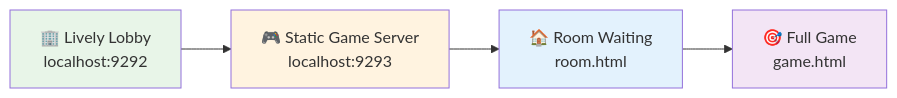
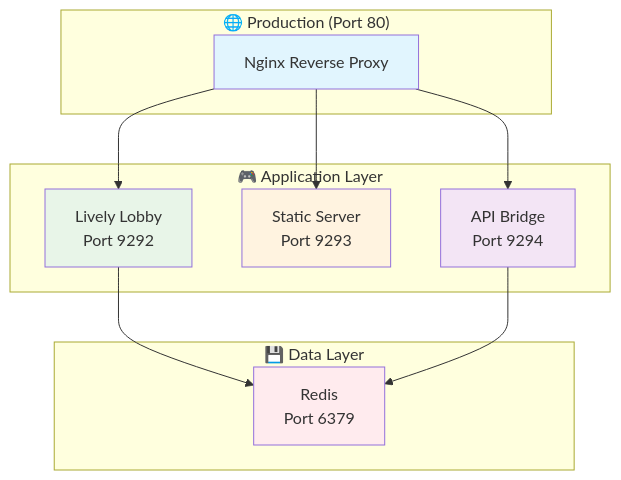
Before and after one commit to socketry/lively: the diagram in examples/cs2d/CLAUDE.md, drawn with Mermaid. The commit also changed other lines of this file, not shown here.

````diff
--- a/examples/cs2d/CLAUDE.md
+++ b/examples/cs2d/CLAUDE.md
@@ -50,11 +56,28 @@
 ```mermaid
-graph LR
-    A[🏢 Lively Lobby<br/>localhost:9292] --> B[🎮 Static Game Server<br/>localhost:9293]
-    B --> C[🏠 Room Waiting<br/>room.html]  
-    C --> D[🎯 Full Game<br/>game.html]
+graph TB
+    subgraph "🌐 Production (Port 80)"
+        N[Nginx Reverse Proxy]
+    end
     
-    style A fill:#e8f5e8
-    style B fill:#fff3e0  
-    style C fill:#e3f2fd
-    style D fill:#f3e5f5
+    subgraph "🎮 Application Layer"
+        L[Lively Lobby<br/>Port 9292]
+        S[Static Server<br/>Port 9293]
+        A[API Bridge<br/>Port 9294]
+    end
+    
+    subgraph "💾 Data Layer"
+        R[Redis<br/>Port 6379]
+    end
+    
+    N --> L
+    N --> S  
+    N --> A
+    L --> R
+    A --> R
+    
+    style N fill:#e1f5fe
+    style L fill:#e8f5e8
+    style S fill:#fff3e0
+    style A fill:#f3e5f5
+    style R fill:#ffebee
 ```
````
